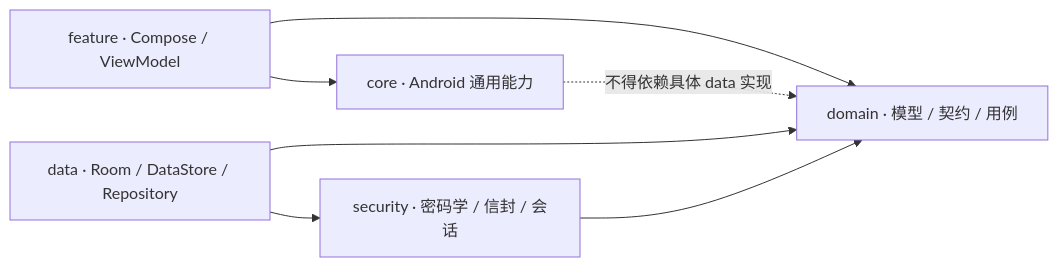
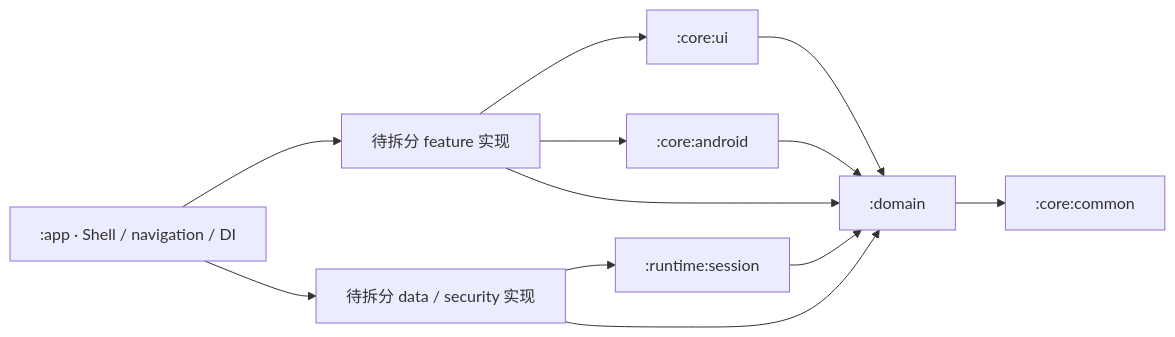
Before and after one commit to aozijx/Passly: the first of 2 diagrams in docs/architecture/overview.md, drawn with Mermaid. The commit also changed other lines of this file and 1 other file, not shown here.

````diff
--- a/docs/architecture/overview.md
+++ b/docs/architecture/overview.md
@@ -8,9 +18,14 @@
 ```mermaid
 flowchart LR
-    UI["feature · Compose / ViewModel"] --> D["domain · 模型 / 契约 / 用例"]
-    UI --> C["core · Android 通用能力"]
-    DATA["data · Room / DataStore / Repository"] --> D
-    DATA --> S["security · 密码学 / 信封 / 会话"]
-    S --> D
-    C -. "不得依赖具体 data 实现" .-> D
+    APP[":app · Shell / navigation / DI"] --> FEATURE["待拆分 feature 实现"]
+    APP --> DATA["待拆分 data / security 实现"]
+    FEATURE --> UI[":core:ui"]
+    FEATURE --> ANDROID[":core:android"]
+    FEATURE --> D[":domain"]
+    DATA --> SESSION[":runtime:session"]
+    DATA --> D
+    UI --> D
+    ANDROID --> D
+    SESSION --> D
+    D --> COMMON[":core:common"]
 ```
````
